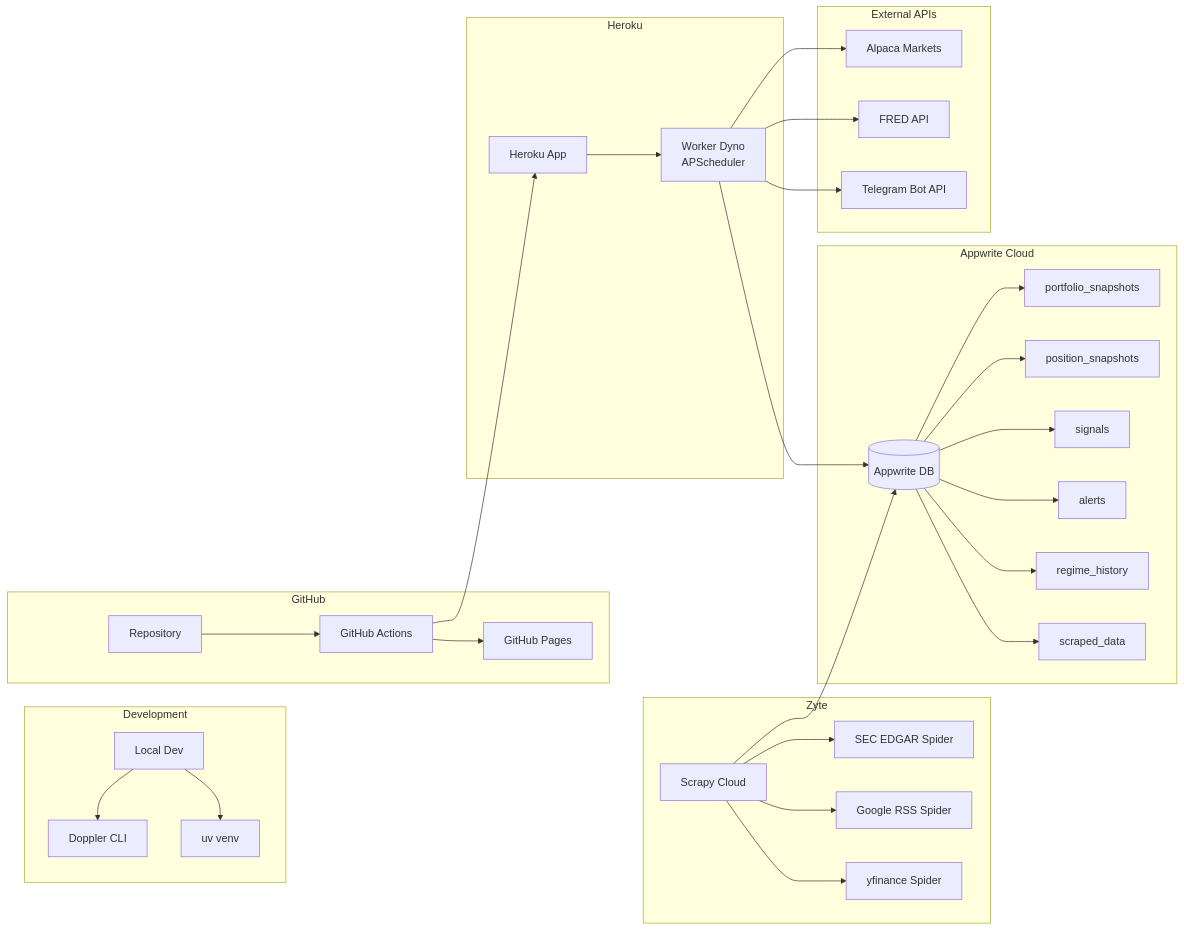
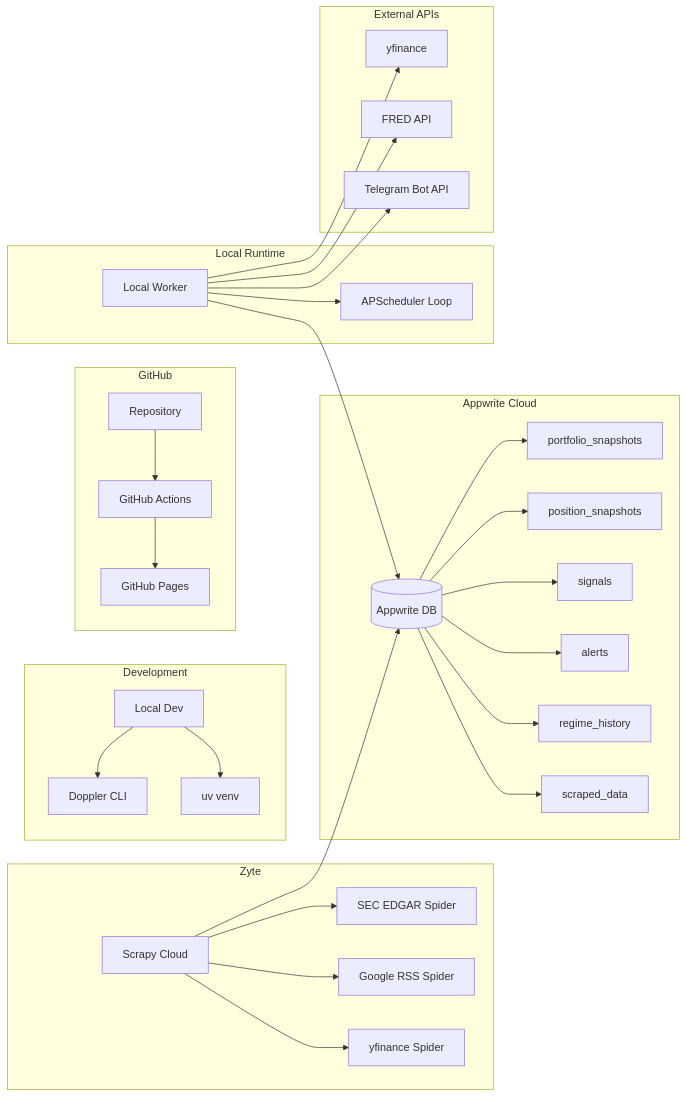
One commit to Kartavya-Jharwal/ganet-project-bwc changed the diagram in docs/architecture.md. Above: the diagram before and after it, drawn with Mermaid. The commit also changed other lines of this file and 117 other files, not shown here.

````diff
--- a/docs/architecture.md
+++ b/docs/architecture.md
@@ -73,44 +73,43 @@
 ```mermaid
 graph LR
     subgraph "Development"
         Dev[Local Dev] --> Doppler[Doppler CLI]
         Dev --> UV[uv venv]
     end
     
     subgraph "GitHub"
         GH[Repository] --> Actions[GitHub Actions]
         Actions --> Pages[GitHub Pages]
     end
     
     subgraph "Zyte"
         SC[Scrapy Cloud] --> SEC[SEC EDGAR Spider]
         SC --> RSS[Google RSS Spider]
         SC --> YF[yfinance Spider]
     end
     
     subgraph "Appwrite Cloud"
         AW[(Appwrite DB)] --> Coll1[portfolio_snapshots]
         AW --> Coll2[position_snapshots]
         AW --> Coll3[signals]
         AW --> Coll4[alerts]
         AW --> Coll5[regime_history]
         AW --> Coll6[scraped_data]
     end
     
-    subgraph "Heroku"
-        HK[Heroku App] --> Worker[Worker Dyno<br/>APScheduler]
+    subgraph "Local Runtime"
+        LR[Local Worker] --> Sched[APScheduler Loop]
     end
     
     subgraph "External APIs"
-        Alpaca[Alpaca Markets]
+        YFinance[yfinance]
         FRED[FRED API]
         TG[Telegram Bot API]
     end
     
     SC --> AW
-    Worker --> Alpaca
-    Worker --> FRED
-    Worker --> AW
-    Worker --> TG
-    Actions --> HK
+    LR --> YFinance
+    LR --> FRED
+    LR --> AW
+    LR --> TG
 ```
````
